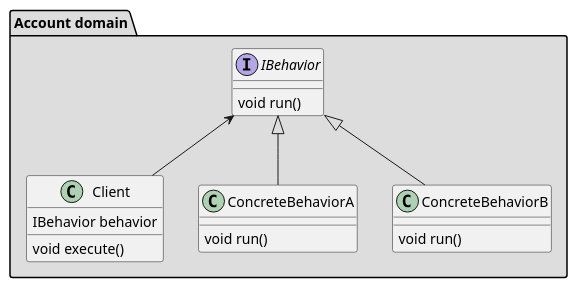
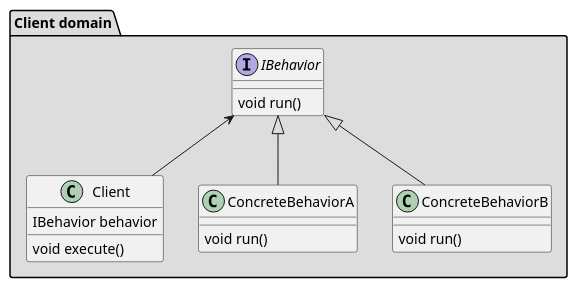
The diagram in Making-Your-CSharp-Code-More-Object-Oriented/BranchingDemo/StrategyPattern.md (jackhwl/Functional_DDD), drawn with PlantUML before and after one commit.

````diff
--- a/Making-Your-CSharp-Code-More-Object-Oriented/BranchingDemo/StrategyPattern.md
+++ b/Making-Your-CSharp-Code-More-Object-Oriented/BranchingDemo/StrategyPattern.md
@@ -2,28 +2,28 @@
 ```plantuml
 @startuml
 
-package "Account domain" #DDDDDD {
+package "Client domain" #DDDDDD {
     class Client {
         IBehavior behavior
         void execute()
     }
 
     interface IBehavior {
         void run()
     }
 
     class ConcreteBehaviorA {
         void run()
     }
 
     class ConcreteBehaviorB {
         void run()
     }
 
 
     IBehavior <|-- ConcreteBehaviorA
     IBehavior <|-- ConcreteBehaviorB
     IBehavior <-- Client
 }
 @enduml
 ```
````
